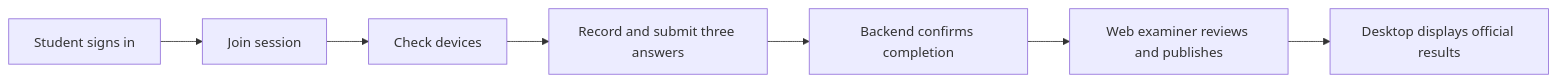
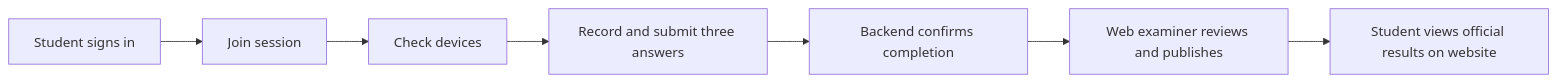
Before and after one commit to FExamOralTest/AIVES_FPT: the second of 2 diagrams in docs/desktop-neon-demo.md, drawn with Mermaid. The commit also changed other lines of this file and 2 other files, not shown here.

Commit message:
Document the simplified student desktop workflow

````diff
--- a/docs/desktop-neon-demo.md
+++ b/docs/desktop-neon-demo.md
@@ -54,6 +54,6 @@
 ```mermaid
 flowchart LR
   login["Student signs in"] --> join["Join session"] --> devices["Check devices"]
   devices --> exam["Record and submit three answers"] --> confirm["Backend confirms completion"]
-  confirm --> review["Web examiner reviews and publishes"] --> results["Desktop displays official results"]
+  confirm --> review["Web examiner reviews and publishes"] --> results["Student views official results on website"]
 ```
````
